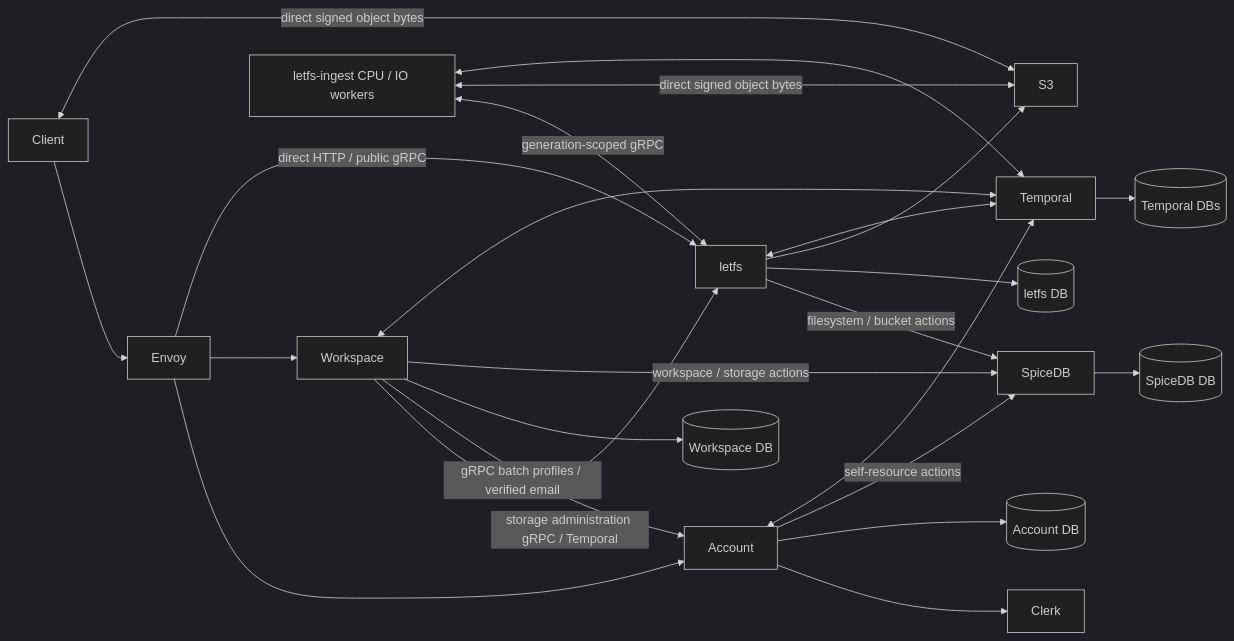
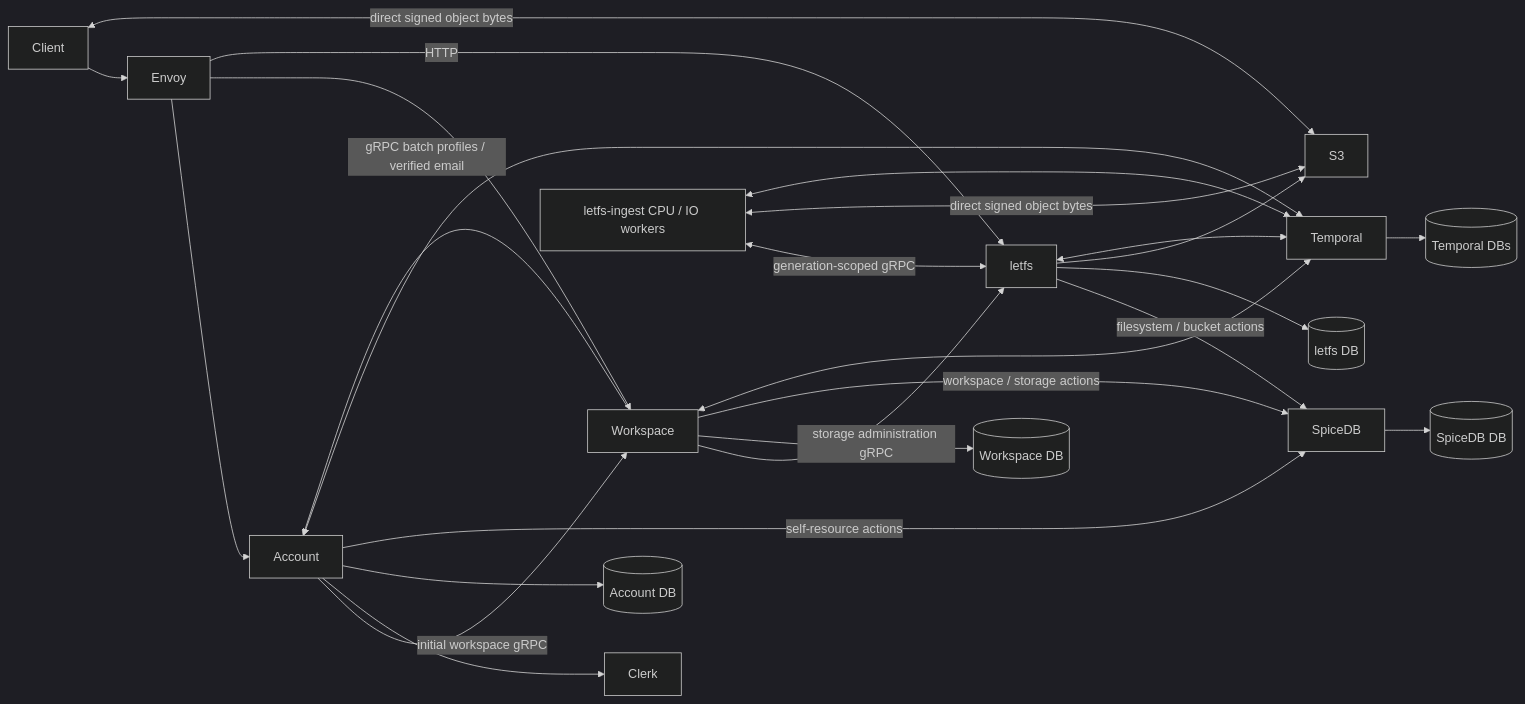
The diagram in docs/architecture.md (qninhdt/openlet), drawn with Mermaid (dark theme) before and after one commit. The commit also changed other lines of this file and 17 other files, not shown here.

Commit message:
docs(architecture): document service boundaries and refactor verification

````diff
--- a/docs/architecture.md
+++ b/docs/architecture.md
@@ -25,26 +25,27 @@
 ```mermaid
 flowchart LR
     Client --> Envoy
     Envoy --> Account
     Envoy --> Workspace
-    Envoy -->|direct HTTP / public gRPC| letfs
-    Workspace -->|storage administration gRPC / Temporal| letfs
+    Envoy -->|HTTP| letfs
+    Workspace -->|storage administration gRPC| letfs
+    Account -->|initial workspace gRPC| Workspace
     Workspace -->|gRPC batch profiles / verified email| Account
     Account --> Clerk
     Account --> AccountDB[(Account DB)]
     Workspace --> WorkspaceDB[(Workspace DB)]
     Account -->|self-resource actions| SpiceDB
     Workspace -->|workspace / storage actions| SpiceDB
     letfs -->|filesystem / bucket actions| SpiceDB
     SpiceDB --> GraphDB[(SpiceDB DB)]
     letfs --> LetfsDB[(letfs DB)]
     letfs --> S3
     Client <-->|direct signed object bytes| S3
     Processor[letfs-ingest CPU / IO workers] <-->|generation-scoped gRPC| letfs
     Processor <-->|direct signed object bytes| S3
     Processor <--> Temporal
     Account <--> Temporal
     Workspace <--> Temporal
     letfs <--> Temporal
     Temporal --> TemporalDB[(Temporal DBs)]
 ```
````
